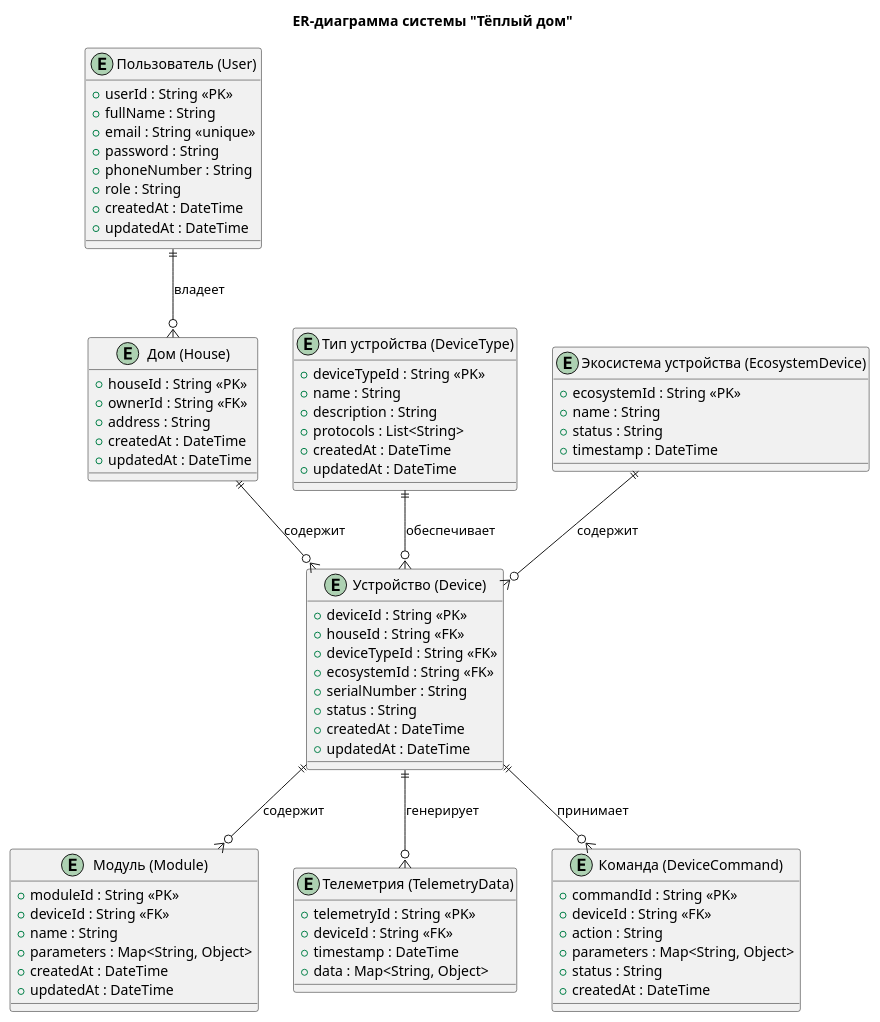
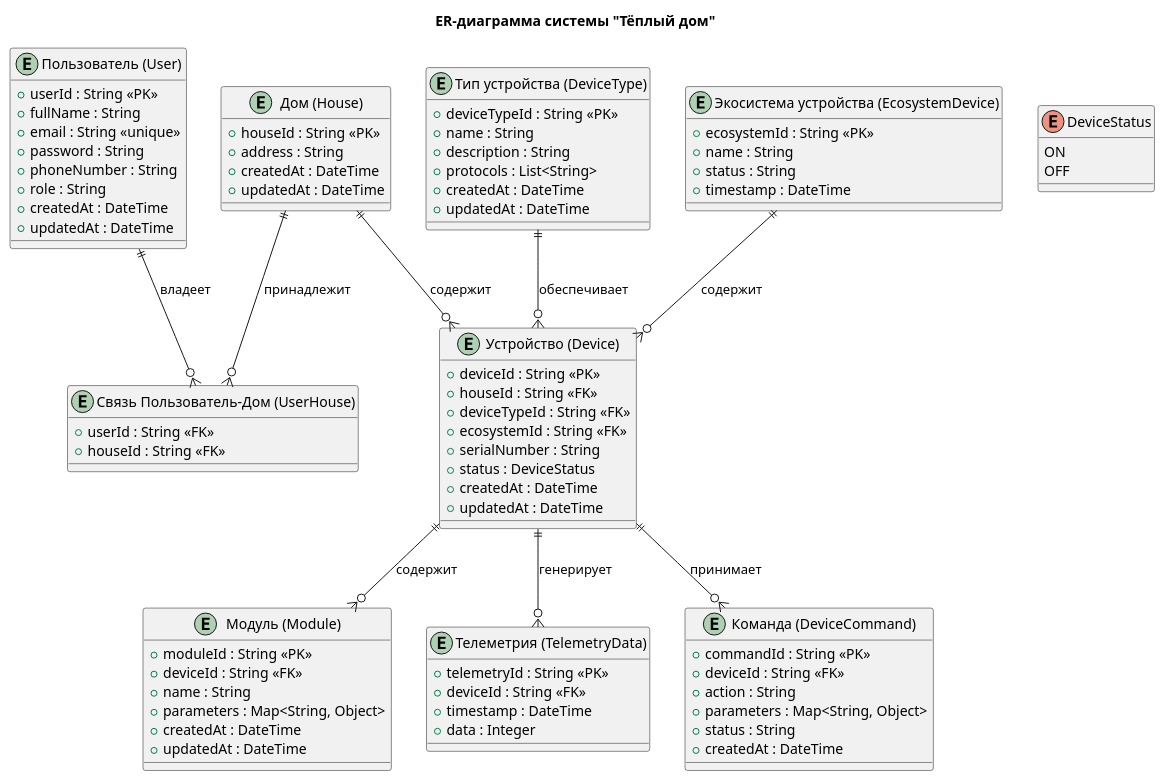
The diagram in tasks/task3/er.puml (an-yanusov/architecture-sprint-3), drawn with PlantUML before and after one commit. The commit also changed 4 other files, not shown here.

```diff
--- a/tasks/task3/er.puml
+++ b/tasks/task3/er.puml
@@ -1,84 +1,95 @@
 @startuml
 title ER-диаграмма системы "Тёплый дом"
 
 entity "Пользователь (User)" as User {
     + userId : String <<PK>>
     + fullName : String
     + email : String <<unique>>
     + password : String
     + phoneNumber : String
     + role : String
     + createdAt : DateTime
     + updatedAt : DateTime
 }
 
 entity "Дом (House)" as House {
     + houseId : String <<PK>>
-    + ownerId : String <<FK>> 
     + address : String
     + createdAt : DateTime
     + updatedAt : DateTime
+}
+
+' Перечисление для статуса устройства
+enum DeviceStatus {
+    ON
+    OFF
 }
 
 entity "Устройство (Device)" as Device {
     + deviceId : String <<PK>>
     + houseId : String <<FK>>
     + deviceTypeId : String <<FK>>
     + ecosystemId : String <<FK>>
     + serialNumber : String
-    + status : String
+    + status : DeviceStatus
     + createdAt : DateTime
     + updatedAt : DateTime
 }
 
 entity "Тип устройства (DeviceType)" as DeviceType {
     + deviceTypeId : String <<PK>>
     + name : String
     + description : String
     + protocols : List<String>
     + createdAt : DateTime
     + updatedAt : DateTime
 }
 
 entity "Модуль (Module)" as Module {
     + moduleId : String <<PK>>
     + deviceId : String <<FK>>
     + name : String
     + parameters : Map<String, Object>
     + createdAt : DateTime
     + updatedAt : DateTime
 }
 
 entity "Телеметрия (TelemetryData)" as TelemetryData {
     + telemetryId : String <<PK>>
     + deviceId : String <<FK>>
     + timestamp : DateTime
-    + data : Map<String, Object>
+    + data : Integer
 }
 
 entity "Команда (DeviceCommand)" as DeviceCommand {
     + commandId : String <<PK>>
     + deviceId : String <<FK>>
     + action : String
     + parameters : Map<String, Object>
     + status : String
     + createdAt : DateTime
 }
 
 entity "Экосистема устройства (EcosystemDevice)" as EcosystemDevice {
     + ecosystemId : String <<PK>>
     + name : String
     + status : String
     + timestamp : DateTime
 }
 
+entity "Связь Пользователь-Дом (UserHouse)" as UserHouse {
+    + userId : String <<FK>> 
+    + houseId : String <<FK>>
+}
+
 ' Связи
-User ||--o{ House : "владеет"
+User ||--o{ UserHouse : "владеет"
+House ||--o{ UserHouse : "принадлежит"
 House ||--o{ Device : "содержит"
 DeviceType ||--o{ Device : "обеспечивает"
 Device ||--o{ Module : "содержит"
 Device ||--o{ TelemetryData : "генерирует"
 Device ||--o{ DeviceCommand : "принимает"
 EcosystemDevice ||--o{ Device : "содержит"
 
 @enduml
```
